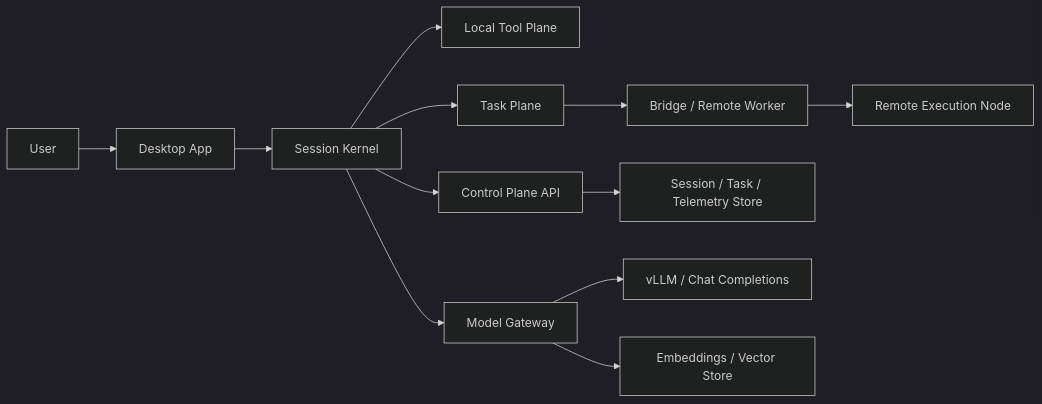
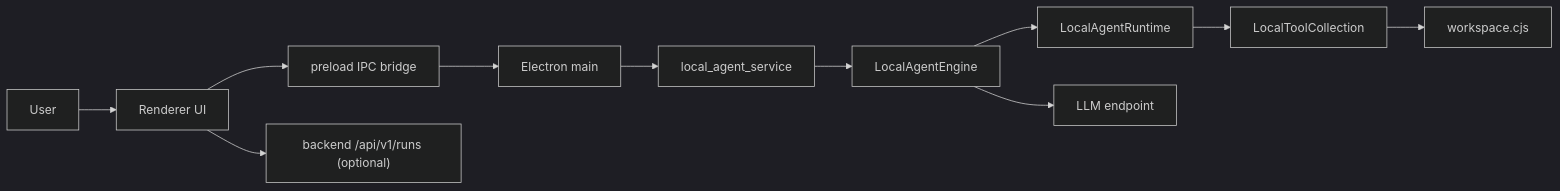
The diagram in docs/01-overview/시스템_상세_아키텍처_설계.md (needitem/pixllm), drawn with Mermaid (dark theme) before and after one commit. The commit also changed other lines of this file and 64 other files, not shown here.

Commit message:
Refactor desktop query runtime and align evidence flow

````diff
--- a/docs/01-overview/시스템_상세_아키텍처_설계.md
+++ b/docs/01-overview/시스템_상세_아키텍처_설계.md
@@ -44,14 +31,13 @@
 ```mermaid
 flowchart LR
-    USER["User"] --> DESKTOP["Desktop App"]
-    DESKTOP --> KERNEL["Session Kernel"]
-    KERNEL --> TOOLS["Local Tool Plane"]
-    KERNEL --> TASKS["Task Plane"]
-    KERNEL --> CTRL["Control Plane API"]
-    KERNEL --> MODEL["Model Gateway"]
-    TASKS --> BRIDGE["Bridge / Remote Worker"]
-    CTRL --> STORE["Session / Task / Telemetry Store"]
-    MODEL --> VLLM["vLLM / Chat Completions"]
-    MODEL --> EMB["Embeddings / Vector Store"]
-    BRIDGE --> REMOTE["Remote Execution Node"]
+    USER["User"] --> UI["Renderer UI"]
+    UI --> PRELOAD["preload IPC bridge"]
+    PRELOAD --> MAIN["Electron main"]
+    MAIN --> SERVICE["local_agent_service"]
+    SERVICE --> ENGINE["LocalAgentEngine"]
+    ENGINE --> RUNTIME["LocalAgentRuntime"]
+    RUNTIME --> TOOLS["LocalToolCollection"]
+    TOOLS --> WORKSPACE["workspace.cjs"]
+    ENGINE --> LLM["LLM endpoint"]
+    UI --> RUNS["backend /api/v1/runs (optional)"]
 ```
````
